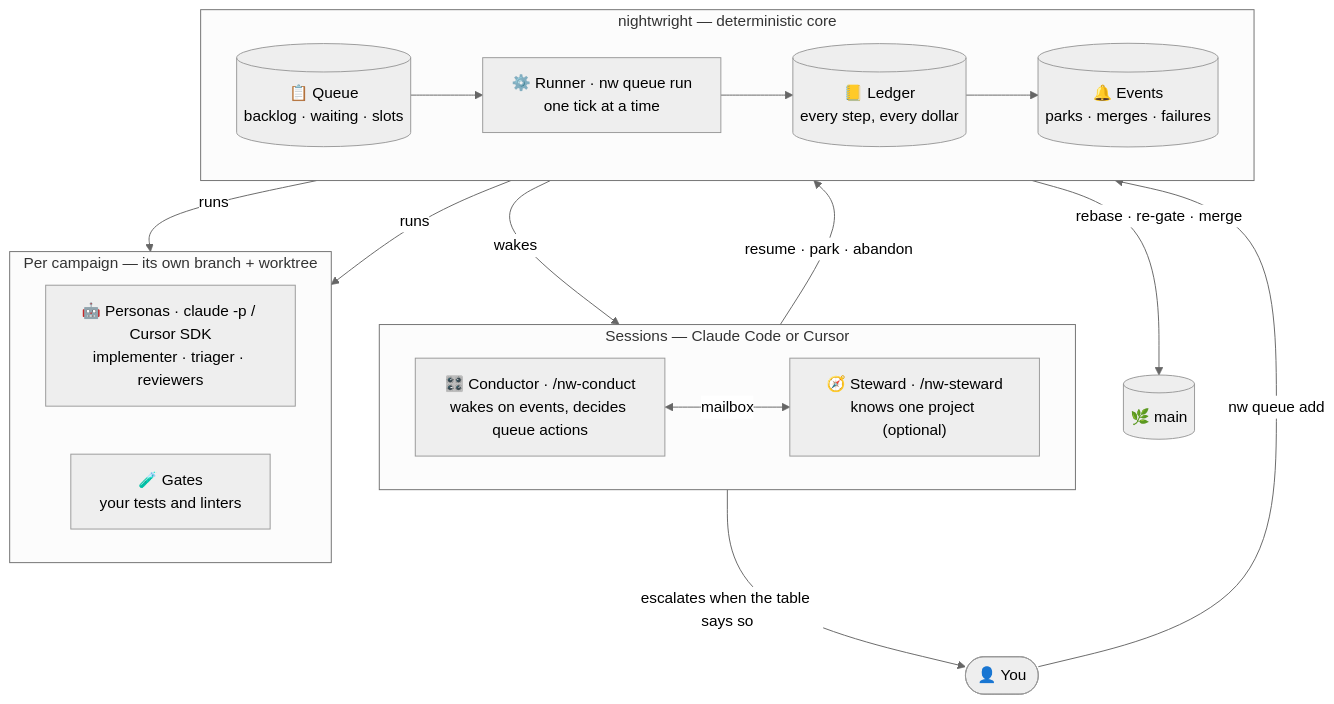
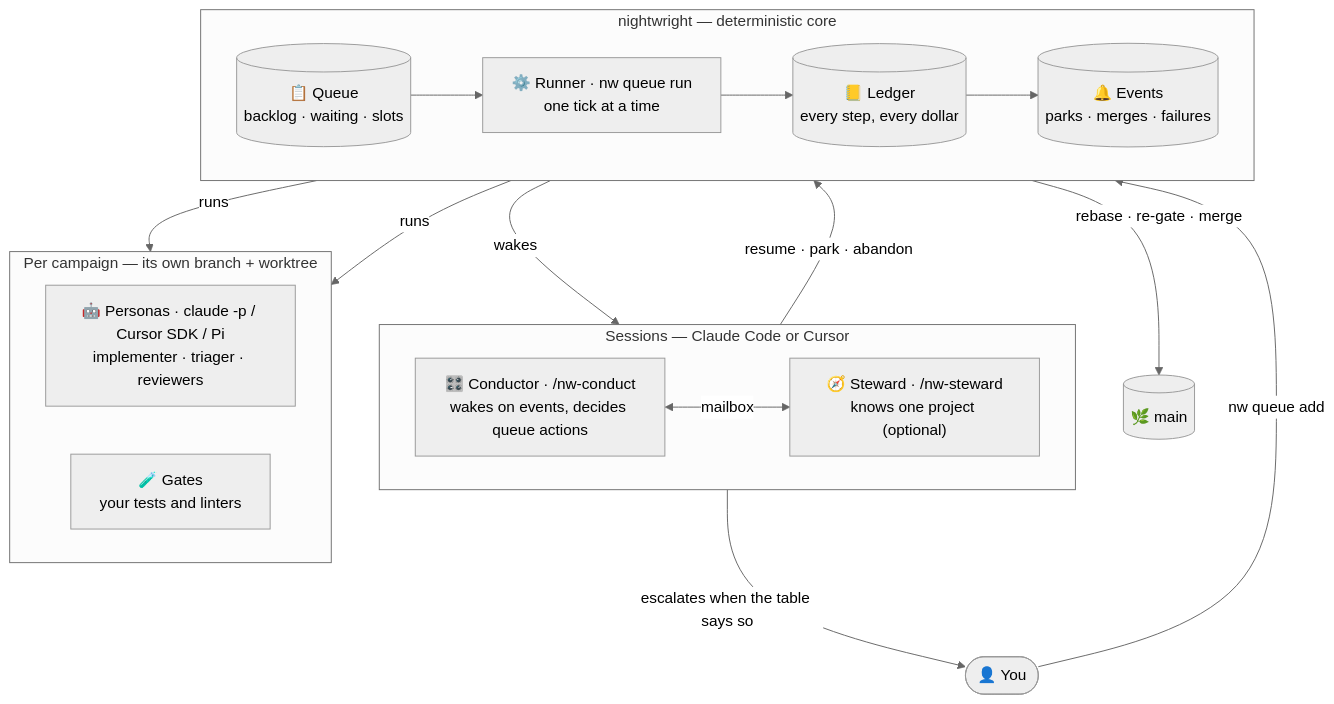
Before and after one commit to brunosmmm/nightwright: the first of 2 diagrams in docs/product/loop/index.md, drawn with Mermaid (neutral theme). The commit also changed other lines of this file and 38 other files, not shown here.

````diff
--- a/docs/product/loop/index.md
+++ b/docs/product/loop/index.md
@@ -11,33 +11,33 @@
 ```mermaid
 flowchart TB
     H(["👤 You"])
 
     subgraph SES["Sessions — Claude Code or Cursor"]
         direction LR
         C["🎛️ Conductor · /nw-conduct<br/>wakes on events, decides queue actions"]
         ST["🧭 Steward · /nw-steward<br/>knows one project (optional)"]
         C <-- "mailbox" --> ST
     end
 
     subgraph CORE["nightwright — deterministic core"]
         direction LR
         Q[("📋 Queue<br/>backlog · waiting · slots")] --> R["⚙️ Runner · nw queue run<br/>one tick at a time"]
         R --> LG[("📒 Ledger<br/>every step, every dollar")] --> EV[("🔔 Events<br/>parks · merges · failures")]
     end
 
     subgraph CAMP["Per campaign — its own branch + worktree"]
         direction LR
-        P["🤖 Personas · claude -p / Cursor SDK<br/>implementer · triager · reviewers"]
+        P["🤖 Personas · claude -p / Cursor SDK / Pi<br/>implementer · triager · reviewers"]
         G["🧪 Gates<br/>your tests and linters"]
     end
 
     MAIN[("🌿 main")]
 
     H -- "nw queue add" --> Q
     R -- "runs" --> P
     R -- "runs" --> G
     R -- "rebase · re-gate · merge" --> MAIN
     EV -- "wakes" --> C
     C -- "resume · park · abandon" --> Q
     C -- "escalates when the table says so" --> H
 ```
````
